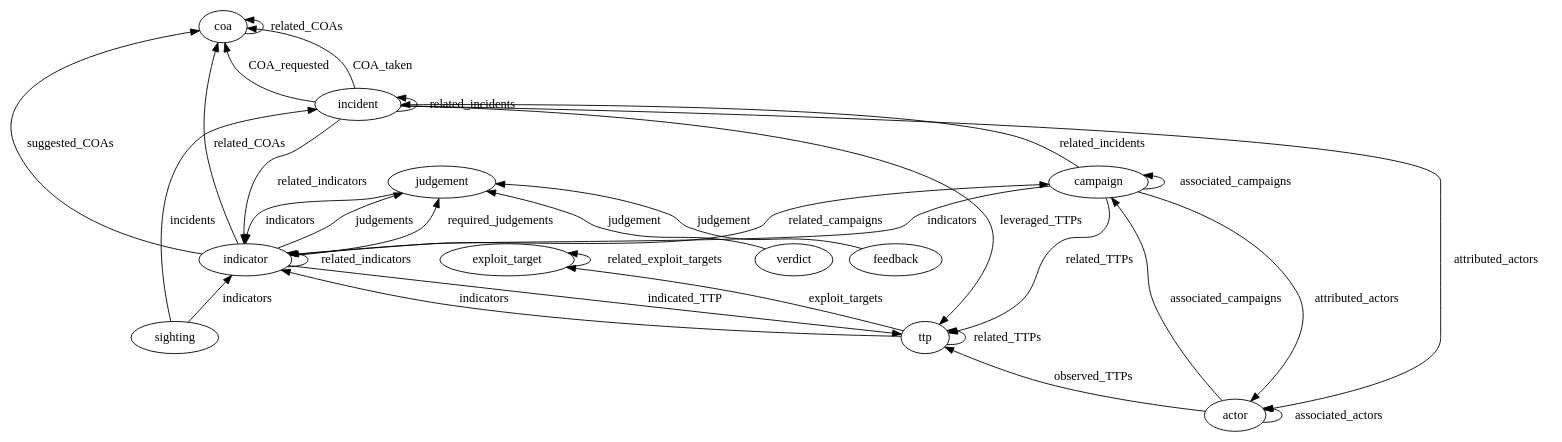
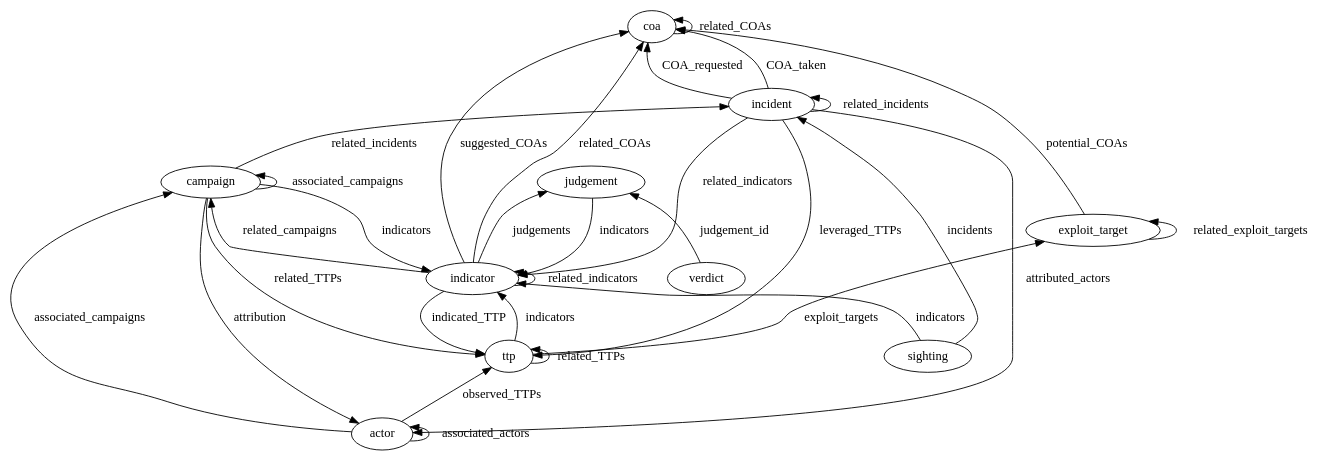
One commit to threatgrid/ctim changed the diagram in doc/graph/model.dot. Above: the diagram before and after it, drawn with Graphviz. The commit also changed 3 other files, not shown here.

Commit message:
Updated model (graph)

```diff
--- a/doc/graph/model.dot
+++ b/doc/graph/model.dot
@@ -1,34 +1,33 @@
 digraph ctia {
         rankdir=BT;
         actor -> ttp [ label = "observed_TTPs" ];
         actor -> campaign [ label = "associated_campaigns" ];
         actor -> actor [ label = "associated_actors" ];
         campaign -> ttp [ label = "related_TTPs" ];
         campaign -> incident [ label = "related_incidents" ];
-        campaign -> actor [ label = "attributed_actors" ];
+        campaign -> actor [ label = "attribution" ];
         campaign -> campaign [ label = "associated_campaigns" ];
         campaign -> indicator [ label = "indicators" ];
         coa -> coa [ label = "related_COAs" ];
+        exploit_target -> coa [ label = "potential_COAs" ];
         exploit_target -> exploit_target [ label = "related_exploit_targets" ];
-        feedback -> judgement [ label = "judgement" ];
         incident -> coa [ label = "COA_requested" ];
         incident -> coa [ label = "COA_taken" ];
         incident -> indicator [ label = "related_indicators" ];
         incident -> ttp [ label = "leveraged_TTPs" ];
         incident -> actor [ label = "attributed_actors" ];
         incident -> incident [ label = "related_incidents" ];
         indicator -> indicator [ label = "related_indicators" ];
         indicator -> ttp [ label = "indicated_TTP" ];
         indicator -> coa [ label = "suggested_COAs" ];
         indicator -> campaign [ label = "related_campaigns" ];
         indicator -> coa [ label = "related_COAs" ];
         indicator -> judgement [ label = "judgements" ];
-        indicator -> judgement [ label = "required_judgements" ];
         judgement -> indicator [ label = "indicators" ];
+        sighting -> indicator [ label = "indicators" ];
+        sighting -> incident [ label = "incidents" ];
         ttp -> exploit_target [ label = "exploit_targets" ];
         ttp -> ttp [ label = "related_TTPs" ];
         ttp -> indicator [ label = "indicators" ];
-        verdict -> judgement [ label = "judgement" ];
-        sighting -> indicator [ label = "indicators" ]
-        sighting -> incident [ label = "incidents" ]
+        verdict -> judgement [ label = "judgement_id" ];
 }
```
